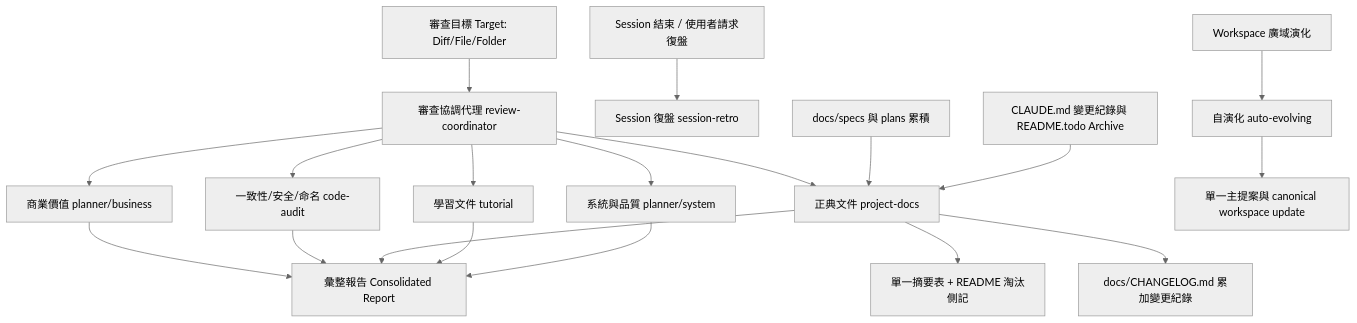
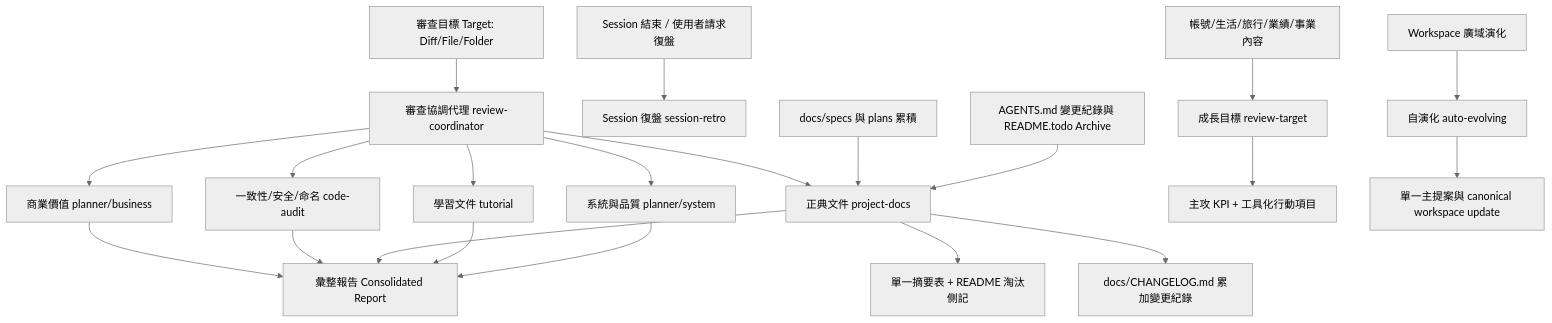
One commit to BizShuk/cc-plugin changed the diagram in plugins/review/README.md. Above: the diagram before and after it, drawn with Mermaid (neutral theme). The commit also changed other lines of this file and 47 other files, not shown here.

````diff
--- a/plugins/review/README.md
+++ b/plugins/review/README.md
@@ -16,21 +16,23 @@
 ```mermaid
 graph TD
     Target[審查目標 Target: Diff/File/Folder] --> Coordinator[審查協調代理 review-coordinator]
     Coordinator --> S1[商業價值 planner/business]
     Coordinator --> S2[一致性/安全/命名 code-audit]
     Coordinator --> S3[正典文件 project-docs]
     Coordinator --> S4[學習文件 tutorial]
     Coordinator --> S5[系統與品質 planner/system]
     S1 --> Report[彙整報告 Consolidated Report]
     S2 --> Report
     S3 --> Report
     S4 --> Report
     S5 --> Report
     Session[Session 結束 / 使用者請求復盤] --> S6[Session 復盤 session-retro]
     Workspace[Workspace 廣域演化] --> Evolve[自演化 auto-evolving]
+    Growth[帳號/生活/旅行/業績/事業內容] --> GT[成長目標 review-target]
+    GT --> Actions[主攻 KPI + 工具化行動項目]
     Evolve --> MainFlow[單一主提案與 canonical workspace update]
     Docs[docs/specs 與 plans 累積] --> S3
-    Hist[CLAUDE.md 變更紀錄與 README.todo Archive] --> S3
+    Hist[AGENTS.md 變更紀錄與 README.todo Archive] --> S3
     S3 --> Summary[單一摘要表 + README 淘汰側記]
     S3 --> Changelog[docs/CHANGELOG.md 累加變更紀錄]
 ```
````
